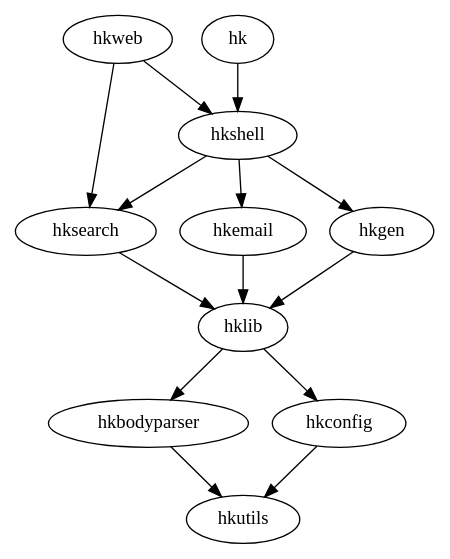
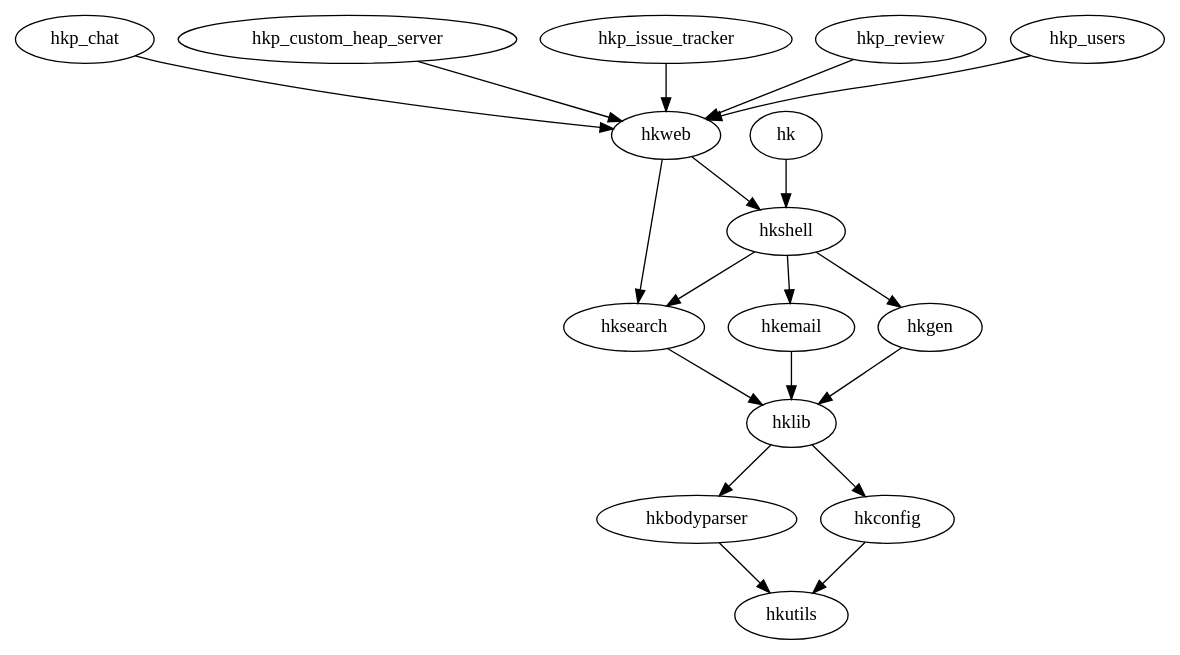
The diagram in doc/module_deps.dot (hcs42/heapkeeper-old), drawn with Graphviz before and after one commit. The commit also changed 1 other file, not shown here.

Commit message:
architecture: plugins added to the depend. graph
[developer documentation]

```diff
--- a/doc/module_deps.dot
+++ b/doc/module_deps.dot
@@ -1,16 +1,21 @@
 // $ dot -Tpng -o images/module_deps.png module_deps.dot
 digraph {
     hkbodyparser -> hkutils;
     hkconfig -> hkutils;
     hklib -> hkconfig;
     hklib -> hkbodyparser;
     hkemail -> hklib;
     hksearch -> hklib;
     hkgen -> hklib;
     hkshell -> hkemail;
     hkshell -> hksearch;
     hkshell -> hkgen;
     hkweb -> hksearch;
     hkweb -> hkshell; // written explicitly deliberately
+    hkp_chat -> hkweb;
+    hkp_custom_heap_server -> hkweb;
+    hkp_issue_tracker -> hkweb;
+    hkp_review -> hkweb;
+    hkp_users -> hkweb;
     hk -> hkshell;
 }
```
